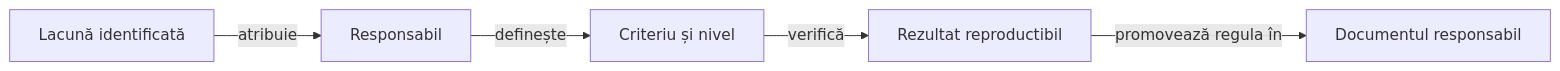
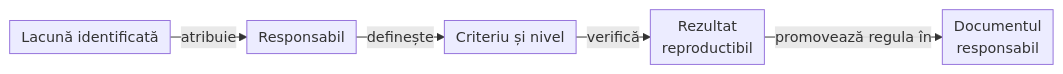
The diagram in docs/feedback/README.md (crististefanita/whist), drawn with Mermaid before and after one commit. The commit also changed 33 other files, not shown here.

````diff
--- a/docs/feedback/README.md
+++ b/docs/feedback/README.md
@@ -49,7 +49,8 @@
 ```mermaid
+%%{init: {"themeVariables":{"fontSize":"15px"},"themeCSS":".edgeLabel, .edgeLabel p { font-size: 12px !important; } .node rect { rx: 6px; ry: 6px; }","flowchart":{"curve":"linear","nodeSpacing":24,"rankSpacing":22,"padding":6},"sequence":{"mirrorActors":false,"messageMargin":24,"wrap":true}}}%%
 flowchart LR
-    ISSUE[Lacună identificată] -->|atribuie| OWNER[Responsabil]
-    OWNER -->|definește| CRITERION[Criteriu și nivel]
-    CRITERION -->|verifică| CHECK[Rezultat reproductibil]
-    CHECK -->|promovează regula în| CONTRACT[Documentul responsabil]
+    ISSUE["Lacună identificată"] -->|atribuie| OWNER["Responsabil"]
+    OWNER -->|definește| CRITERION["Criteriu și nivel"]
+    CRITERION -->|verifică| CHECK["Rezultat<br/>reproductibil"]
+    CHECK -->|promovează regula în| CONTRACT["Documentul<br/>responsabil"]
 ```
````
